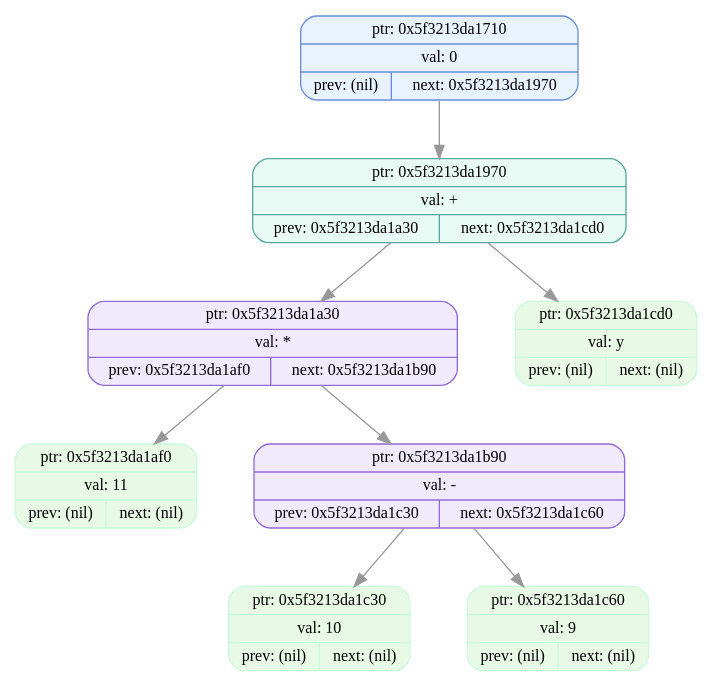
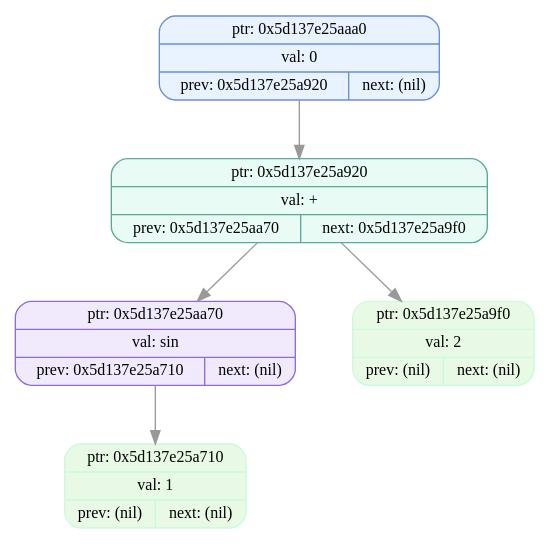
The diagram in dumps/tree_dump_006.dot (EvilTomato9890/Difference), drawn with Graphviz before and after one commit. The commit also changed 34 other files, not shown here.

```diff
--- a/dumps/tree_dump_006.dot
+++ b/dumps/tree_dump_006.dot
@@ -1,19 +1,13 @@
 digraph T{
   node [fontname="Fira Mono",shape=record,style="filled,rounded",fontsize=12];
   graph [splines=true, nodesep=0.6, ranksep=0.6];
-  node_0x5f3213da1710[shape=record,label="{ {ptr: 0x5f3213da1710} | {val: 0} | { prev: (nil) | next: 0x5f3213da1970 } }",color="#6b8fd6",fillcolor="#e9f2ff"];
-  node_0x5f3213da1970[shape=record,label="{ {ptr: 0x5f3213da1970} | {val: +} | { prev: 0x5f3213da1a30 | next: 0x5f3213da1cd0 } }",color="#5aa99b",fillcolor="#e9fbf5"];
-  node_0x5f3213da1a30[shape=record,label="{ {ptr: 0x5f3213da1a30} | {val: *} | { prev: 0x5f3213da1af0 | next: 0x5f3213da1b90 } }",color="#8e6bd6",fillcolor="#f1eafd"];
-  node_0x5f3213da1af0[shape=record,label="{ {ptr: 0x5f3213da1af0} | {val: 11} | { prev: (nil) | next: (nil) } }",color="#c9fbdbff",fillcolor="#e8f9e5ff"];
-  node_0x5f3213da1b90[shape=record,label="{ {ptr: 0x5f3213da1b90} | {val: -} | { prev: 0x5f3213da1c30 | next: 0x5f3213da1c60 } }",color="#8e6bd6",fillcolor="#f1eafd"];
-  node_0x5f3213da1c30[shape=record,label="{ {ptr: 0x5f3213da1c30} | {val: 10} | { prev: (nil) | next: (nil) } }",color="#c9fbdbff",fillcolor="#e8f9e5ff"];
-  node_0x5f3213da1c60[shape=record,label="{ {ptr: 0x5f3213da1c60} | {val: 9} | { prev: (nil) | next: (nil) } }",color="#c9fbdbff",fillcolor="#e8f9e5ff"];
-  node_0x5f3213da1cd0[shape=record,label="{ {ptr: 0x5f3213da1cd0} | {val: y} | { prev: (nil) | next: (nil) } }",color="#c9fbdbff",fillcolor="#e8f9e5ff"];
-  node_0x5f3213da1710 -> node_0x5f3213da1970 [color="#999999"];
-  node_0x5f3213da1970 -> node_0x5f3213da1a30 [color="#999999"];
-  node_0x5f3213da1970 -> node_0x5f3213da1cd0 [color="#999999"];
-  node_0x5f3213da1a30 -> node_0x5f3213da1af0 [color="#999999"];
-  node_0x5f3213da1a30 -> node_0x5f3213da1b90 [color="#999999"];
-  node_0x5f3213da1b90 -> node_0x5f3213da1c30 [color="#999999"];
-  node_0x5f3213da1b90 -> node_0x5f3213da1c60 [color="#999999"];
+  node_0x5d137e25aaa0[shape=record,label="{ {ptr: 0x5d137e25aaa0} | {val: 0} | { prev: 0x5d137e25a920 | next: (nil) } }",color="#6b8fd6",fillcolor="#e9f2ff"];
+  node_0x5d137e25a920[shape=record,label="{ {ptr: 0x5d137e25a920} | {val: +} | { prev: 0x5d137e25aa70 | next: 0x5d137e25a9f0 } }",color="#5aa99b",fillcolor="#e9fbf5"];
+  node_0x5d137e25aa70[shape=record,label="{ {ptr: 0x5d137e25aa70} | {val: sin} | { prev: 0x5d137e25a710 | next: (nil) } }",color="#8e6bd6",fillcolor="#f1eafd"];
+  node_0x5d137e25a710[shape=record,label="{ {ptr: 0x5d137e25a710} | {val: 1} | { prev: (nil) | next: (nil) } }",color="#c9fbdbff",fillcolor="#e8f9e5ff"];
+  node_0x5d137e25a9f0[shape=record,label="{ {ptr: 0x5d137e25a9f0} | {val: 2} | { prev: (nil) | next: (nil) } }",color="#c9fbdbff",fillcolor="#e8f9e5ff"];
+  node_0x5d137e25aaa0 -> node_0x5d137e25a920 [color="#999999"];
+  node_0x5d137e25a920 -> node_0x5d137e25aa70 [color="#999999"];
+  node_0x5d137e25a920 -> node_0x5d137e25a9f0 [color="#999999"];
+  node_0x5d137e25aa70 -> node_0x5d137e25a710 [color="#999999"];
 }
```
